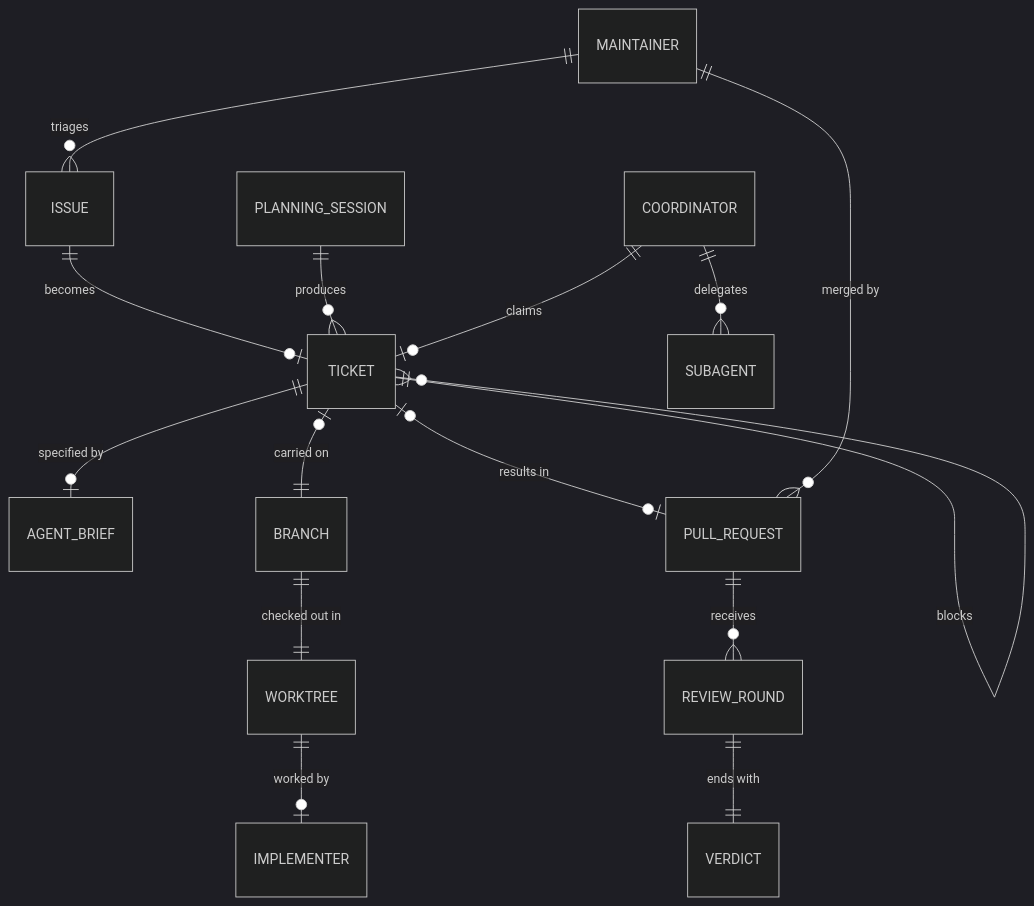
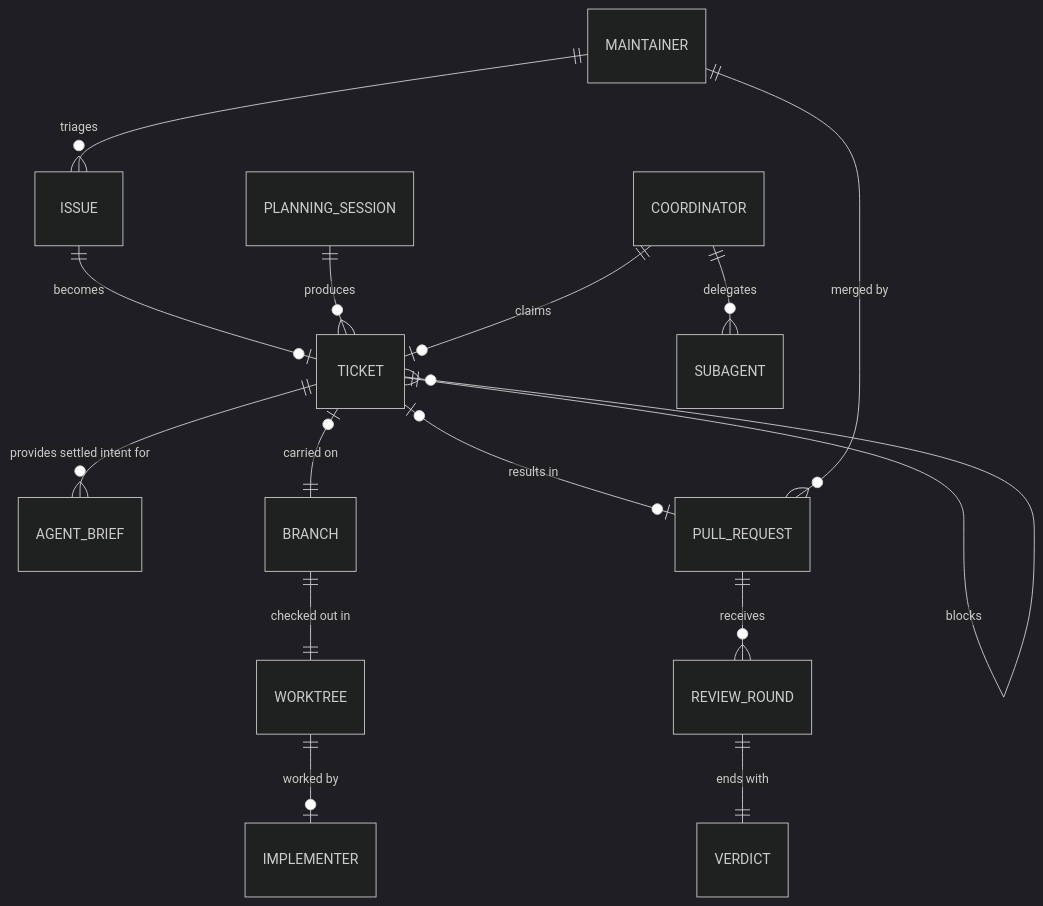
The diagram in system-intent/ontologies/agent-delivery-workflow.md (juranki/afk-kit), drawn with Mermaid (dark theme) before and after one commit. The commit also changed other lines of this file and 12 other files, not shown here.

````diff
--- a/system-intent/ontologies/agent-delivery-workflow.md
+++ b/system-intent/ontologies/agent-delivery-workflow.md
@@ -51,17 +52,17 @@
 ```mermaid
 erDiagram
     MAINTAINER ||--o{ ISSUE : triages
     ISSUE ||--o| TICKET : becomes
     TICKET ||--o{ TICKET : blocks
     PLANNING_SESSION ||--o{ TICKET : produces
-    TICKET ||--o| AGENT_BRIEF : "specified by"
+    TICKET ||--o{ AGENT_BRIEF : "provides settled intent for"
     COORDINATOR ||--o| TICKET : claims
     COORDINATOR ||--o{ SUBAGENT : delegates
     TICKET |o--|| BRANCH : "carried on"
     BRANCH ||--|| WORKTREE : "checked out in"
     WORKTREE ||--o| IMPLEMENTER : "worked by"
     TICKET |o--o| PULL_REQUEST : "results in"
     PULL_REQUEST ||--o{ REVIEW_ROUND : receives
     REVIEW_ROUND ||--|| VERDICT : "ends with"
     PULL_REQUEST }o--|| MAINTAINER : "merged by"
 ```
````
